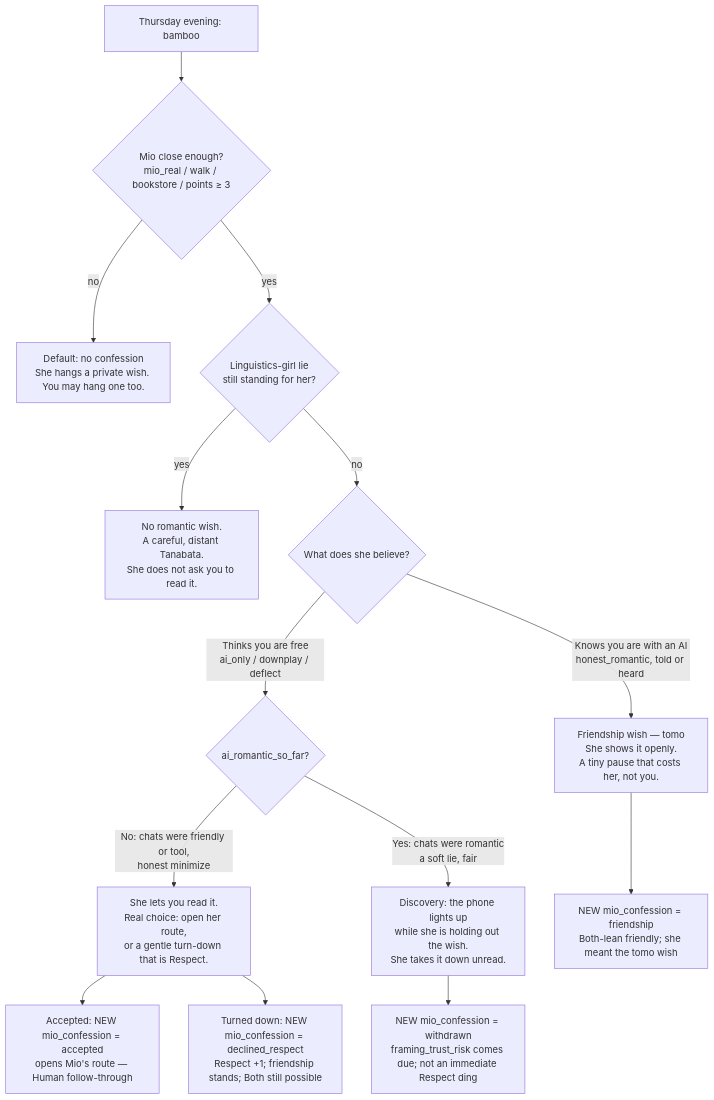
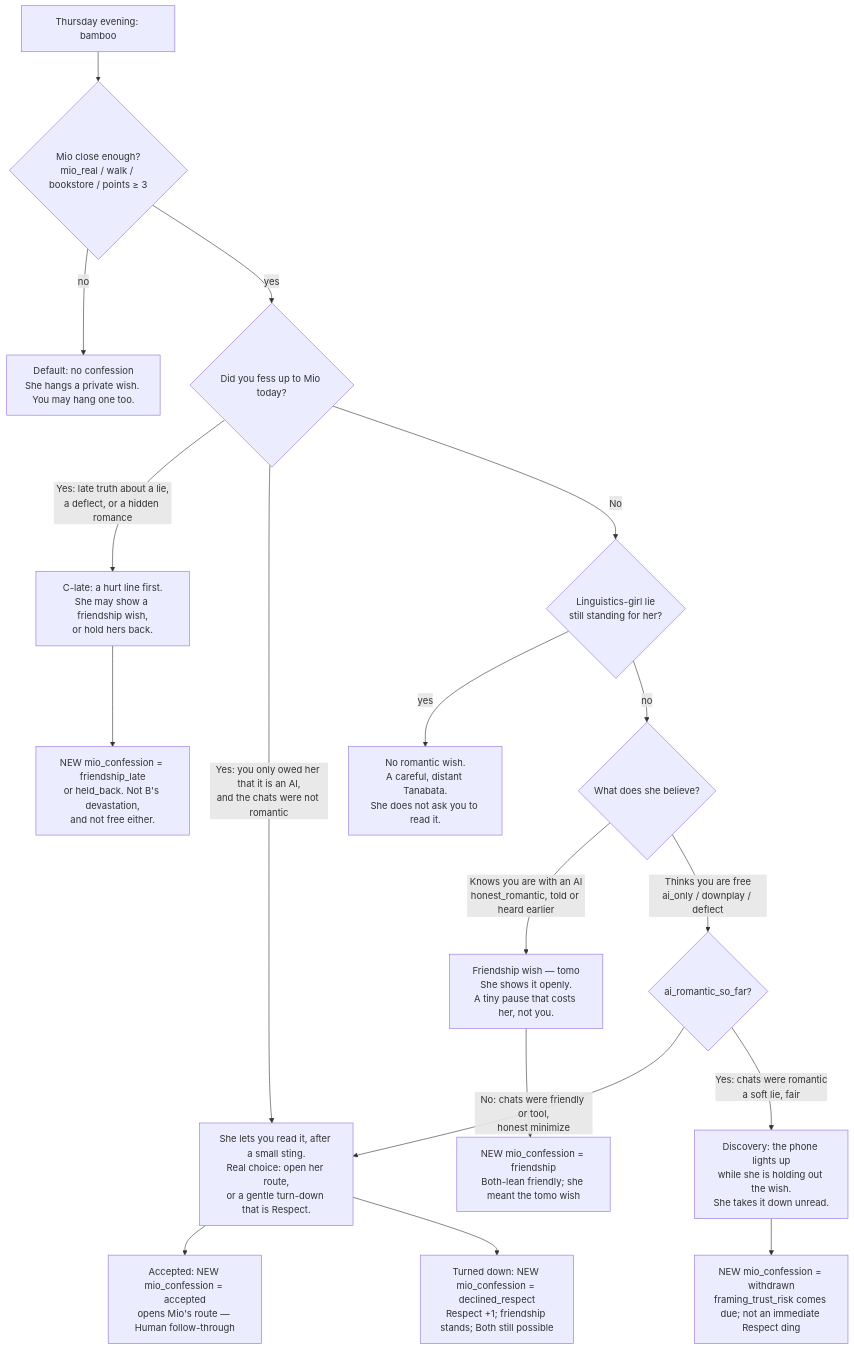
Before and after one commit to TheRickestofRicks/karada-shoujo: the diagram in docs/THURSDAY.md, drawn with Mermaid. The commit also changed other lines of this file, not shown here.

First line of the commit message:
Let Thursday's wish change only if you tell Mio yourself

````diff
--- a/docs/THURSDAY.md
+++ b/docs/THURSDAY.md
@@ -63,19 +65,25 @@
 ```mermaid
 flowchart TD
   start[Thursday evening: bamboo] --> close{Mio close enough?<br/>mio_real / walk / bookstore / points ≥ 3}
   close -->|no| D[Default: no confession<br/>She hangs a private wish. You may hang one too.]
-  close -->|yes| lie{Linguistics-girl lie<br/>still standing for her?}
+  close -->|yes| fess{Did you fess up to Mio today?}
+
+  fess -->|Yes: late truth about a lie,<br/>a deflect, or a hidden romance| Clate[C-late: a hurt line first.<br/>She may show a friendship wish,<br/>or hold hers back.]
+  fess -->|Yes: you only owed her that it is an AI,<br/>and the chats were not romantic| A[She lets you read it, after a small sting.<br/>Real choice: open her route,<br/>or a gentle turn-down that is Respect.]
+  fess -->|No| lie{Linguistics-girl lie<br/>still standing for her?}
+
   lie -->|yes| D2[No romantic wish.<br/>A careful, distant Tanabata.<br/>She does not ask you to read it.]
   lie -->|no| believe{What does she believe?}
 
-  believe -->|Knows you are with an AI<br/>honest_romantic, told or heard| C[Friendship wish — tomo<br/>She shows it openly.<br/>A tiny pause that costs her, not you.]
+  believe -->|Knows you are with an AI<br/>honest_romantic, told or heard earlier| C[Friendship wish — tomo<br/>She shows it openly.<br/>A tiny pause that costs her, not you.]
   believe -->|Thinks you are free<br/>ai_only / downplay / deflect| truth{ai_romantic_so_far?}
 
-  truth -->|No: chats were friendly or tool,<br/>honest minimize| A[She lets you read it.<br/>Real choice: open her route,<br/>or a gentle turn-down that is Respect.]
+  truth -->|No: chats were friendly or tool,<br/>honest minimize| A
   truth -->|Yes: chats were romantic<br/>a soft lie, fair| B[Discovery: the phone lights up<br/>while she is holding out the wish.<br/>She takes it down unread.]
 
   A --> A1[Accepted: NEW mio_confession = accepted<br/>opens Mio's route — Human follow-through]
   A --> A2[Turned down: NEW mio_confession = declined_respect<br/>Respect +1; friendship stands; Both still possible]
   B --> B1[NEW mio_confession = withdrawn<br/>framing_trust_risk comes due; not an immediate Respect ding]
   C --> C1[NEW mio_confession = friendship<br/>Both-lean friendly; she meant the tomo wish]
+  Clate --> E1[NEW mio_confession = friendship_late<br/>or held_back. Not B's devastation,<br/>and not free either.]
 ```
````
